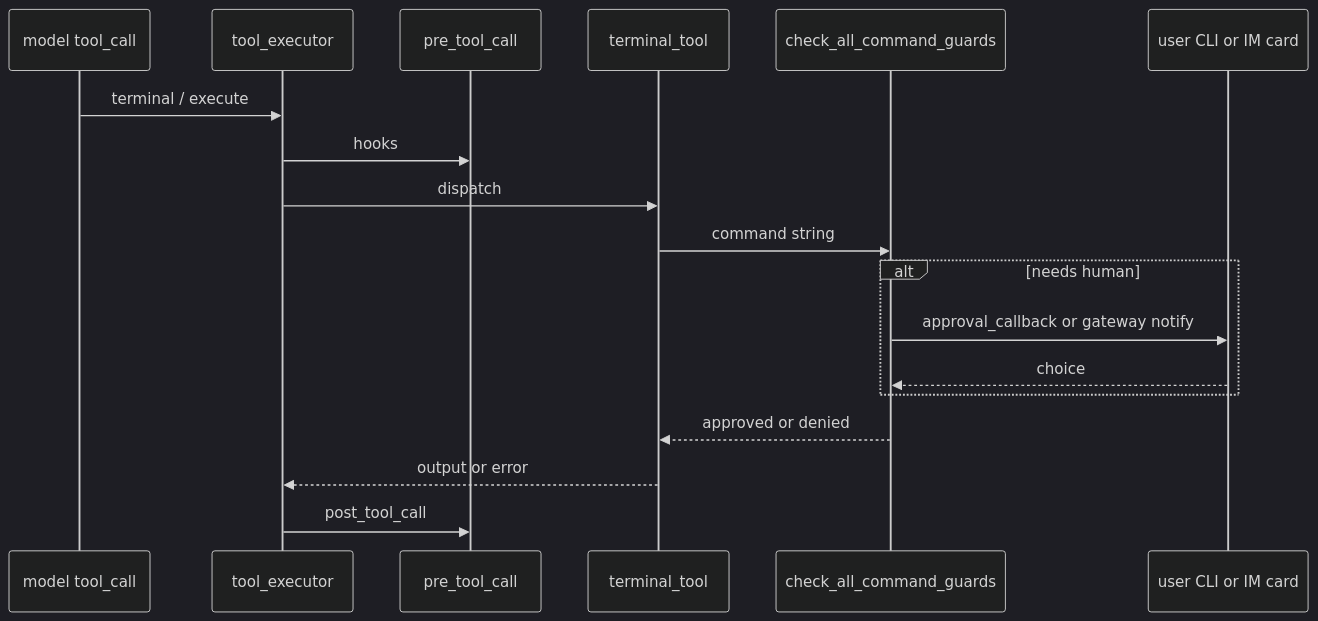
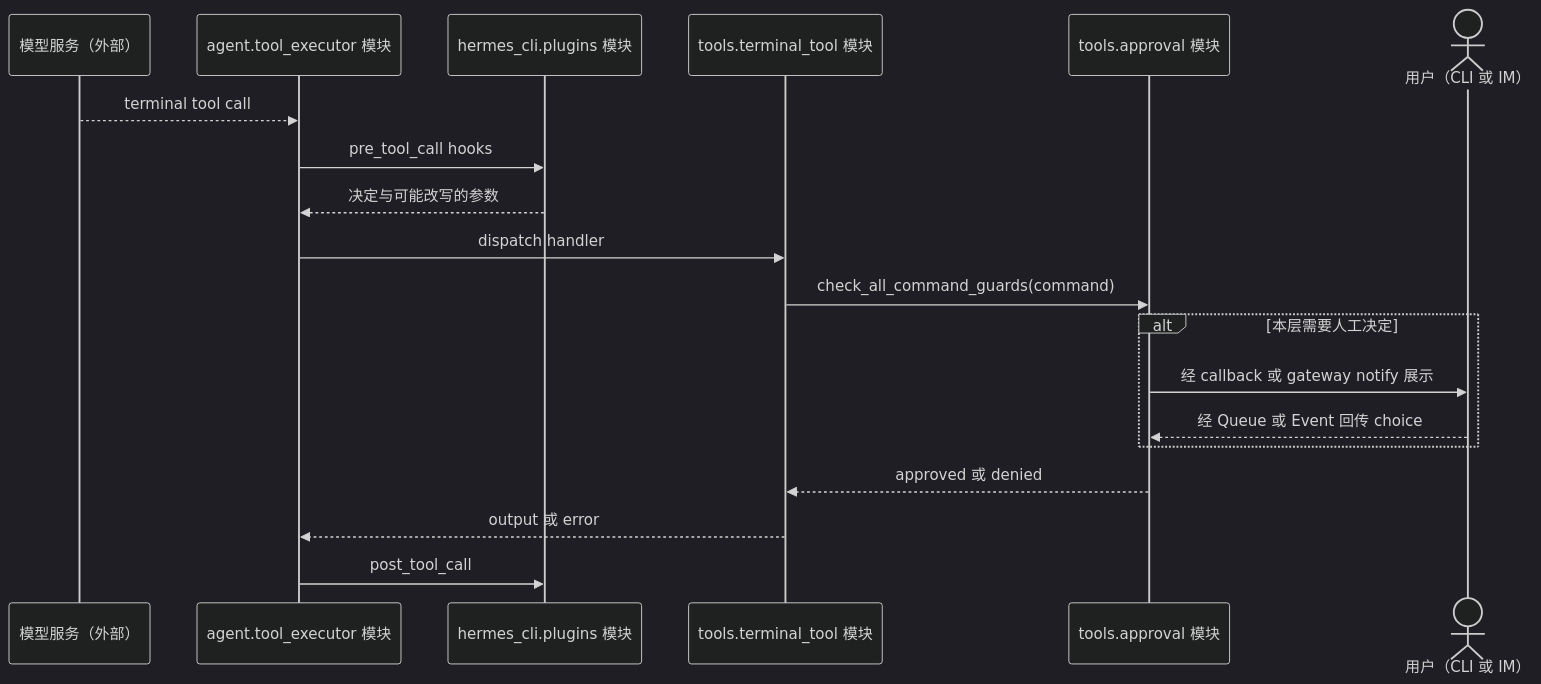
The second of 11 diagrams in hermes/docs/volumes/08-security-and-governance.md (themass/agent-docs), drawn with Mermaid (dark theme) before and after one commit. The commit also changed other lines of this file and 508 other files, not shown here.

````diff
--- a/hermes/docs/volumes/08-security-and-governance.md
+++ b/hermes/docs/volumes/08-security-and-governance.md
@@ -82,21 +134,21 @@
 ```mermaid
 sequenceDiagram
-    participant M as model tool_call
-    participant EX as tool_executor
-    participant HK as pre_tool_call
-    participant T as terminal_tool
-    participant AP as check_all_command_guards
-    participant U as user CLI or IM card
-
-    M->>EX: terminal / execute
-    EX->>HK: hooks
-    EX->>T: dispatch
-    T->>AP: command string
-    alt needs human
-        AP->>U: approval_callback or gateway notify
-        U-->>AP: choice
+    participant M as 模型服务（外部）
+    participant EX as agent.tool_executor 模块
+    participant HK as hermes_cli.plugins 模块
+    participant T as tools.terminal_tool 模块
+    participant AP as tools.approval 模块
+    actor U as 用户（CLI 或 IM）
+    M-->>EX: terminal tool call
+    EX->>HK: pre_tool_call hooks
+    HK-->>EX: 决定与可能改写的参数
+    EX->>T: dispatch handler
+    T->>AP: check_all_command_guards(command)
+    alt 本层需要人工决定
+        AP->>U: 经 callback 或 gateway notify 展示
+        U-->>AP: 经 Queue 或 Event 回传 choice
     end
-    AP-->>T: approved or denied
-    T-->>EX: output or error
+    AP-->>T: approved 或 denied
+    T-->>EX: output 或 error
     EX->>HK: post_tool_call
 ```
````
